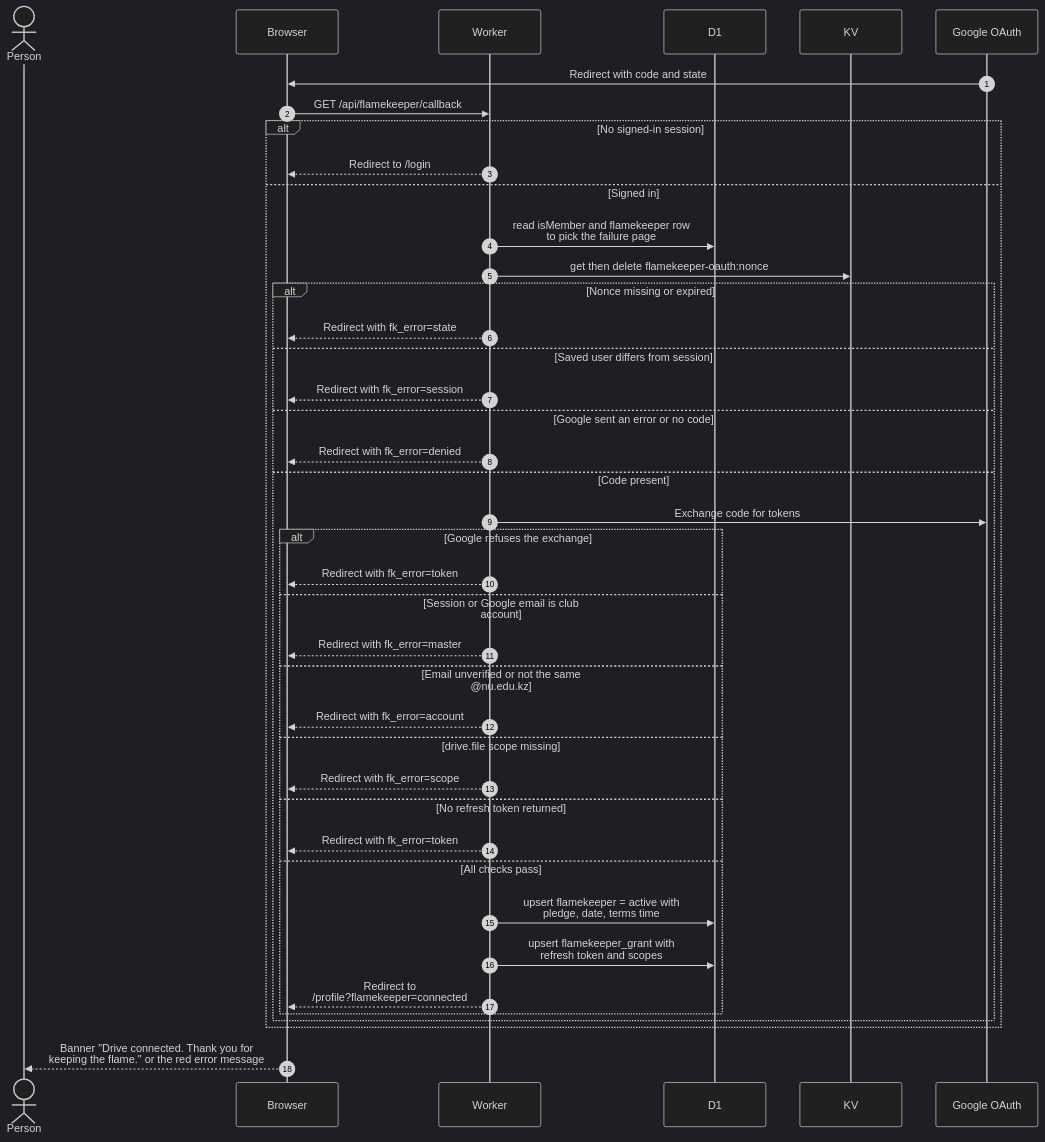
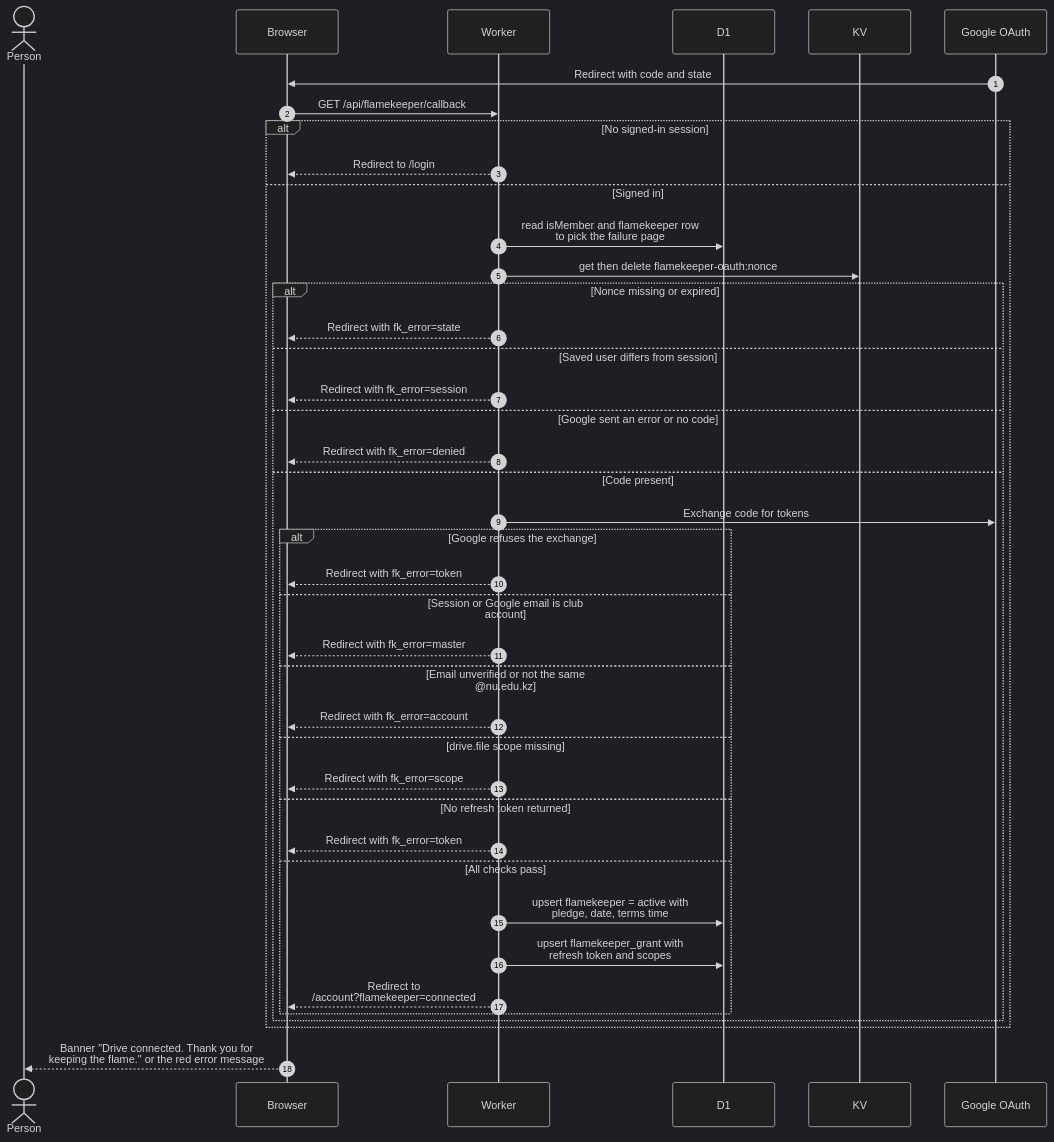
The diagram in docs/scenarios/flamekeepers/drive-callback.md (sagyzdop/meriksirat), drawn with Mermaid (dark theme) before and after one commit. The commit also changed other lines of this file and 157 other files, not shown here.

````diff
--- a/docs/scenarios/flamekeepers/drive-callback.md
+++ b/docs/scenarios/flamekeepers/drive-callback.md
@@ -29,43 +30,43 @@
 ```mermaid
 sequenceDiagram
     autonumber
     actor P as Person
     participant Browser
     participant Worker
     participant D1
     participant KV
     participant GO as Google OAuth
     GO->>Browser: Redirect with code and state
     Browser->>Worker: GET /api/flamekeeper/callback
     alt No signed-in session
         Worker-->>Browser: Redirect to /login
     else Signed in
         Worker->>D1: read isMember and flamekeeper row<br/>to pick the failure page
         Worker->>KV: get then delete flamekeeper-oauth:nonce
         alt Nonce missing or expired
             Worker-->>Browser: Redirect with fk_error=state
         else Saved user differs from session
             Worker-->>Browser: Redirect with fk_error=session
         else Google sent an error or no code
             Worker-->>Browser: Redirect with fk_error=denied
         else Code present
             Worker->>GO: Exchange code for tokens
             alt Google refuses the exchange
                 Worker-->>Browser: Redirect with fk_error=token
             else Session or Google email is club account
                 Worker-->>Browser: Redirect with fk_error=master
             else Email unverified or not the same @nu.edu.kz
                 Worker-->>Browser: Redirect with fk_error=account
             else drive.file scope missing
                 Worker-->>Browser: Redirect with fk_error=scope
             else No refresh token returned
                 Worker-->>Browser: Redirect with fk_error=token
             else All checks pass
                 Worker->>D1: upsert flamekeeper = active with<br/>pledge, date, terms time
                 Worker->>D1: upsert flamekeeper_grant with<br/>refresh token and scopes
-                Worker-->>Browser: Redirect to<br/>/profile?flamekeeper=connected
+                Worker-->>Browser: Redirect to<br/>/account?flamekeeper=connected
             end
         end
     end
     Browser-->>P: Banner "Drive connected. Thank you for<br/>keeping the flame." or the red error message
 ```
````
